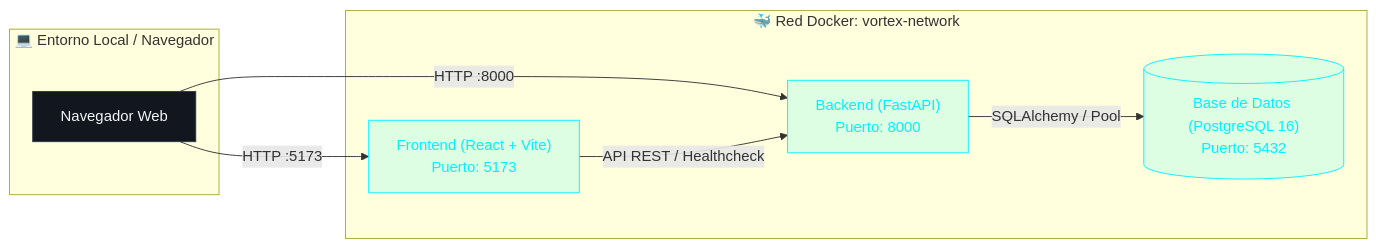
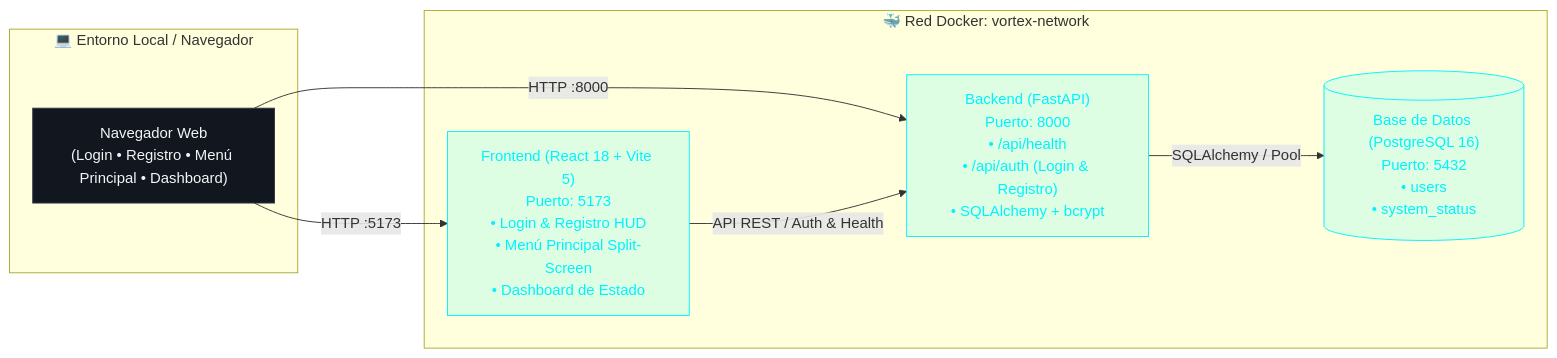
Before and after one commit to Rodiiin/VORTEX: the diagram in README.md, drawn with Mermaid. The commit also changed other lines of this file and 6 other files, not shown here.

````diff
--- a/README.md
+++ b/README.md
@@ -19,21 +19,21 @@
 ```mermaid
 flowchart LR
     subgraph Host ["💻 Entorno Local / Navegador"]
-        UserBrowser["Navegador Web"]
+        UserBrowser["Navegador Web\n(Login • Registro • Menú Principal • Dashboard)"]
     end
 
     subgraph DockerNet ["🐳 Red Docker: vortex-network"]
-        Frontend["Frontend (React + Vite)\nPuerto: 5173"]
-        Backend["Backend (FastAPI)\nPuerto: 8000"]
-        DB[("Base de Datos (PostgreSQL 16)\nPuerto: 5432")]
+        Frontend["Frontend (React 18 + Vite 5)\nPuerto: 5173\n• Login & Registro HUD\n• Menú Principal Split-Screen\n• Dashboard de Estado"]
+        Backend["Backend (FastAPI)\nPuerto: 8000\n• /api/health\n• /api/auth (Login & Registro)\n• SQLAlchemy + bcrypt"]
+        DB[("Base de Datos (PostgreSQL 16)\nPuerto: 5432\n• users\n• system_status")]
     end
 
     UserBrowser -->|HTTP :5173| Frontend
     UserBrowser -->|HTTP :8000| Backend
-    Frontend -->|API REST / Healthcheck| Backend
+    Frontend -->|API REST / Auth & Health| Backend
     Backend -->|SQLAlchemy / Pool| DB
 
     classDef default fill:#12161f,stroke:#2d3748,color:#f3f4f6;
     classDef highlight fill:#00f2fe22,stroke:#00f2fe,color:#00f2fe;
     class Frontend,Backend,DB highlight;
 ```
````
